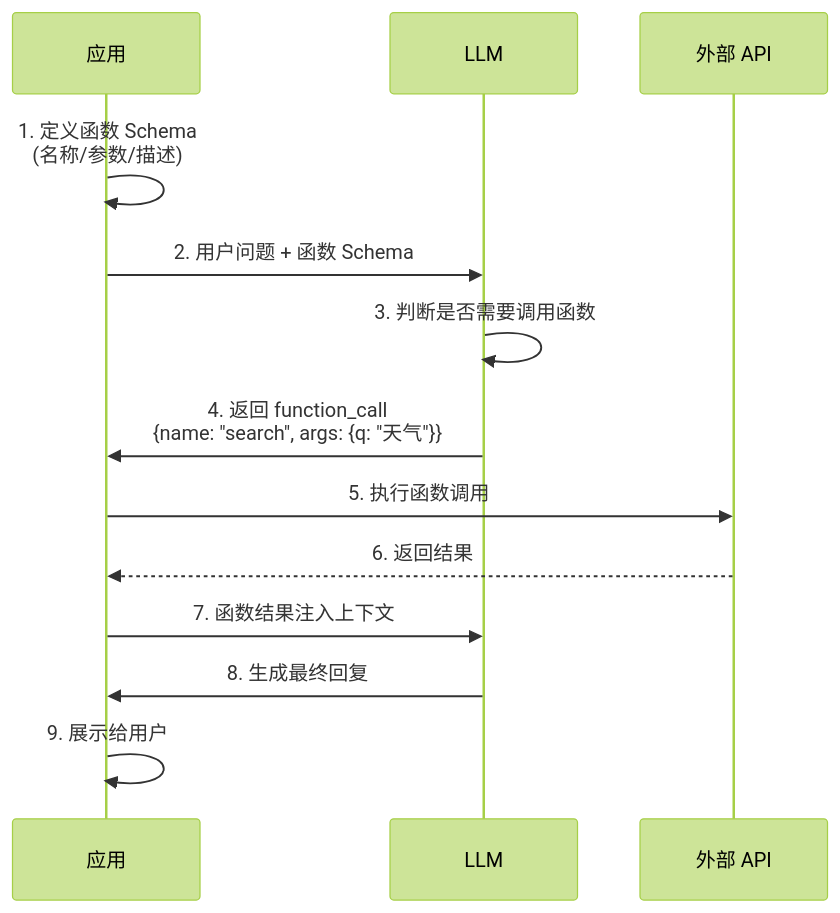
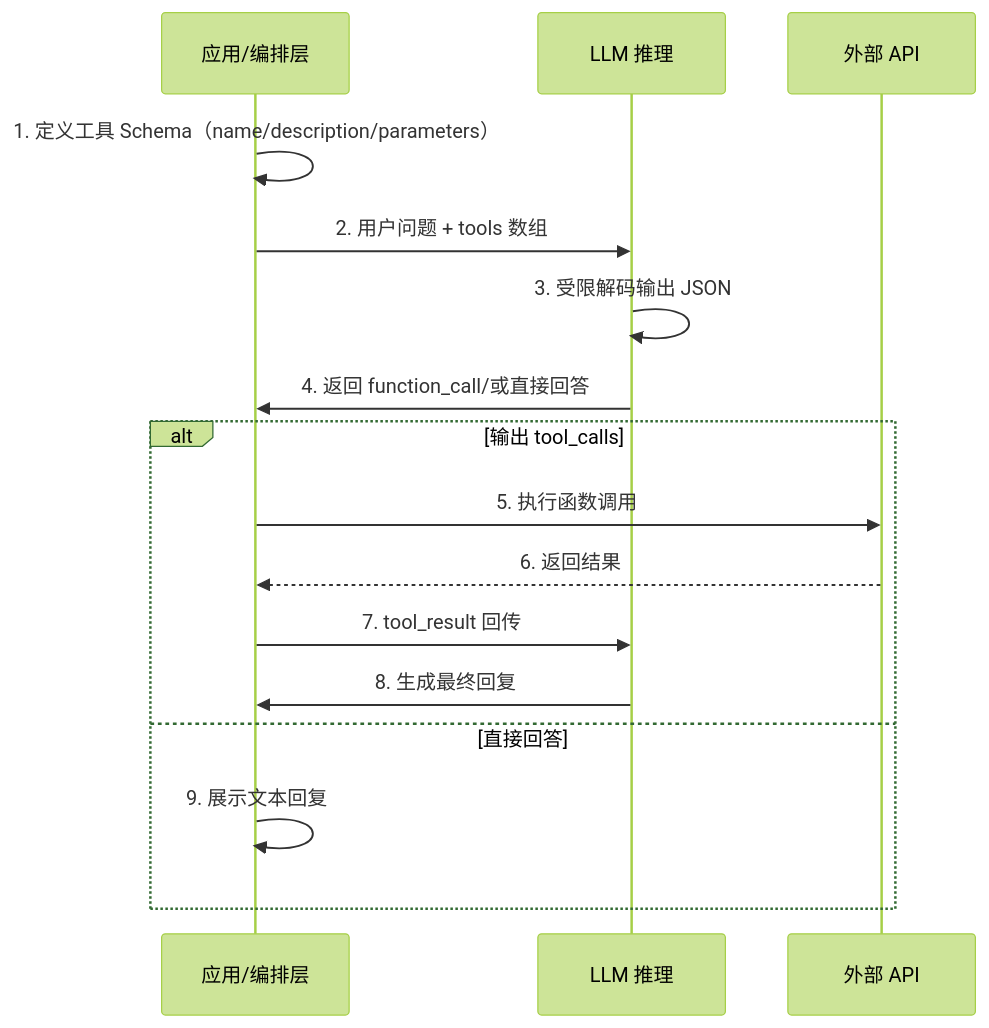
The first of 8 diagrams in S5-AI/11-工具协议篇.md (KMaybe01/common), drawn with Mermaid (forest theme) before and after one commit. The commit also changed other lines of this file and 4 other files, not shown here.

````diff
--- a/S5-AI/11-工具协议篇.md
+++ b/S5-AI/11-工具协议篇.md
@@ -13,16 +13,19 @@
 ```mermaid
 sequenceDiagram
-    participant App as 应用
-    participant LLM as LLM
+    participant App as 应用/编排层
+    participant LLM as LLM 推理
     participant API as 外部 API
 
-    App->>App: 1. 定义函数 Schema<br/>(名称/参数/描述)
-    App->>LLM: 2. 用户问题 + 函数 Schema
-    LLM->>LLM: 3. 判断是否需要调用函数
-    LLM->>App: 4. 返回 function_call<br/>{name: "search", args: {q: "天气"}}
-    App->>API: 5. 执行函数调用
-    API-->>App: 6. 返回结果
-    App->>LLM: 7. 函数结果注入上下文
-    LLM->>App: 8. 生成最终回复
-    App->>App: 9. 展示给用户
+    App->>App: 1. 定义工具 Schema（name/description/parameters）
+    App->>LLM: 2. 用户问题 + tools 数组
+    LLM->>LLM: 3. 受限解码输出 JSON
+    LLM->>App: 4. 返回 function_call/或直接回答
+    alt 输出 tool_calls
+        App->>API: 5. 执行函数调用
+        API-->>App: 6. 返回结果
+        App->>LLM: 7. tool_result 回传
+        LLM->>App: 8. 生成最终回复
+    else 直接回答
+        App->>App: 9. 展示文本回复
+    end
 ```
````
